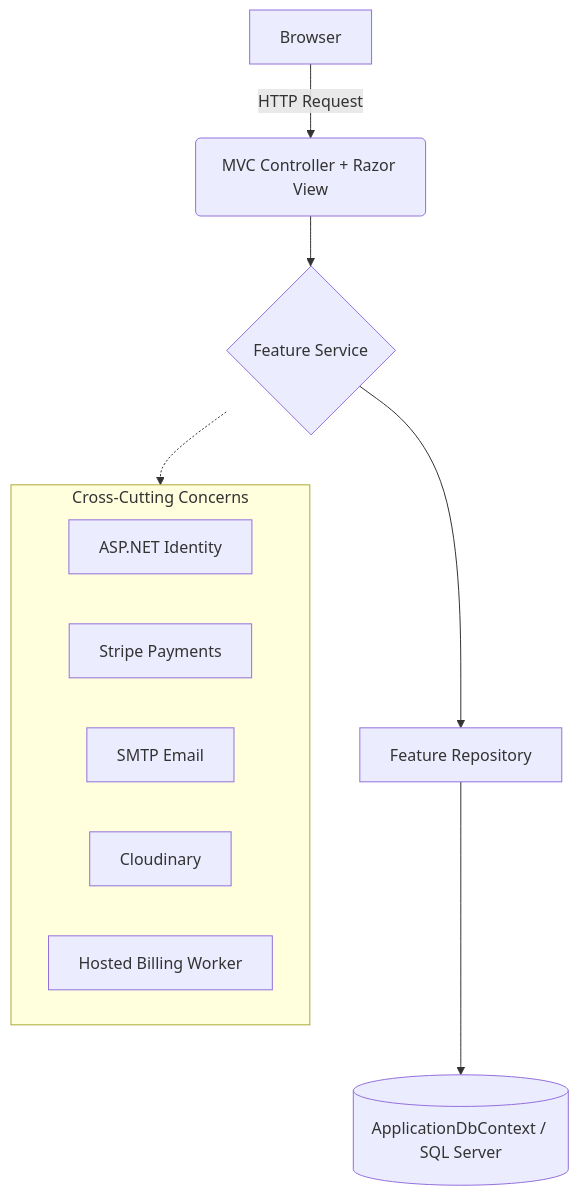
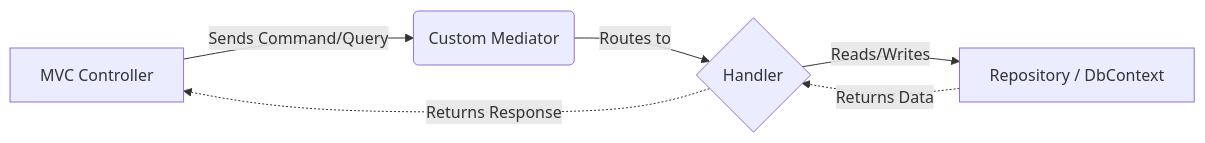
Before and after one commit to dabananda/ApartmentManagementSystem: the second of 2 diagrams in ARCHITECTURE.md, drawn with Mermaid. The commit also changed other lines of this file and 3 other files, not shown here.

Commit message:
refactor: restructure project architecture documentation and documentation files to reflect transition to Clean Architecture and CQRS pattern

````diff
--- a/ARCHITECTURE.md
+++ b/ARCHITECTURE.md
@@ -9,17 +57,8 @@
 ```mermaid
-flowchart TD
-    A[Browser] -->|HTTP Request| B(MVC Controller + Razor View)
-    B --> C{Feature Service}
-    C --> D[Feature Repository]
-    D --> E[(ApplicationDbContext / SQL Server)]
-    
-    subgraph CrossCuttingConcerns [Cross-Cutting Concerns]
-    F[ASP.NET Identity]
-    G[Stripe Payments]
-    H[SMTP Email]
-    I[Cloudinary]
-    J[Hosted Billing Worker]
-    end
-    
-    C -.-> CrossCuttingConcerns
+flowchart LR
+    A[MVC Controller] -->|Sends Command/Query| B(Custom Mediator)
+    B -->|Routes to| C{Handler}
+    C -->|Reads/Writes| D[Repository / DbContext]
+    D -.->|Returns Data| C
+    C -.->|Returns Response| A
 ```
````
